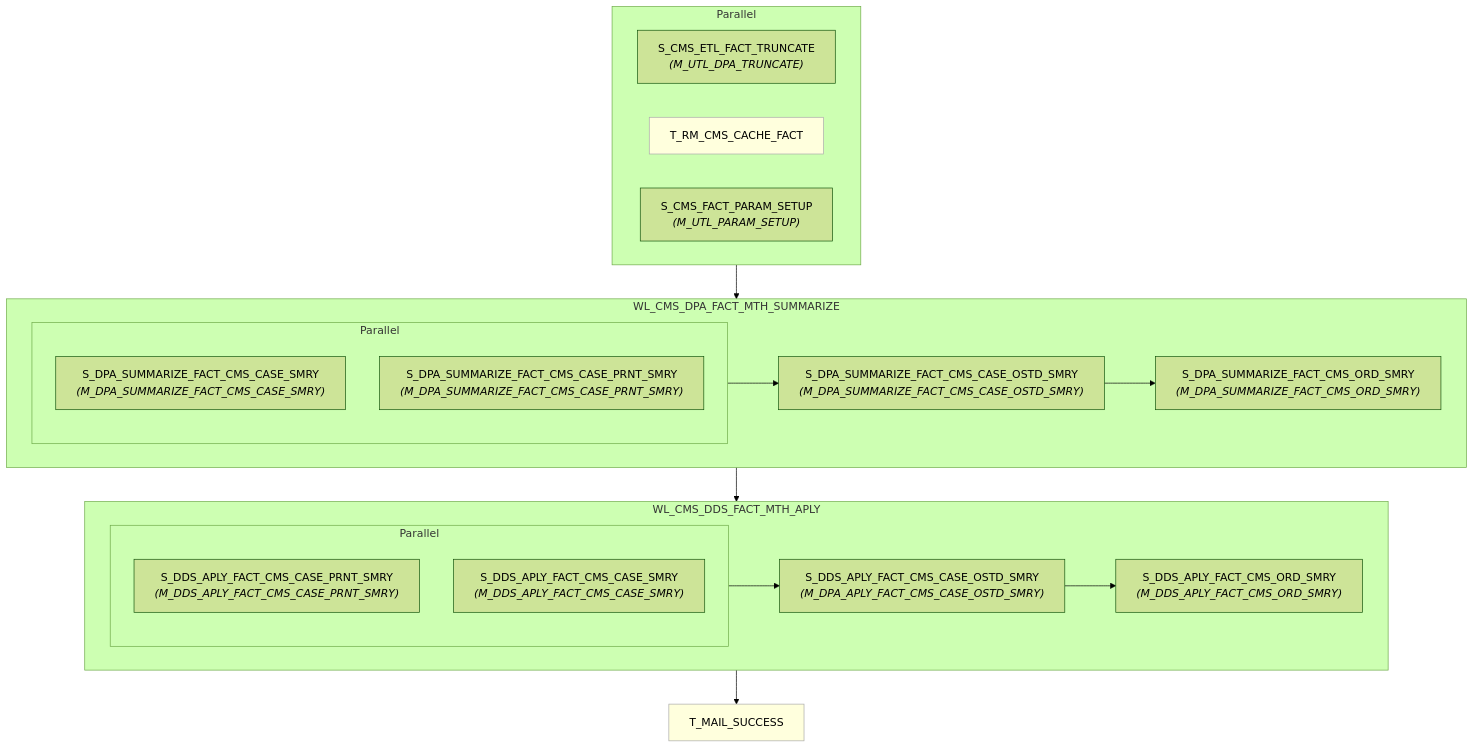
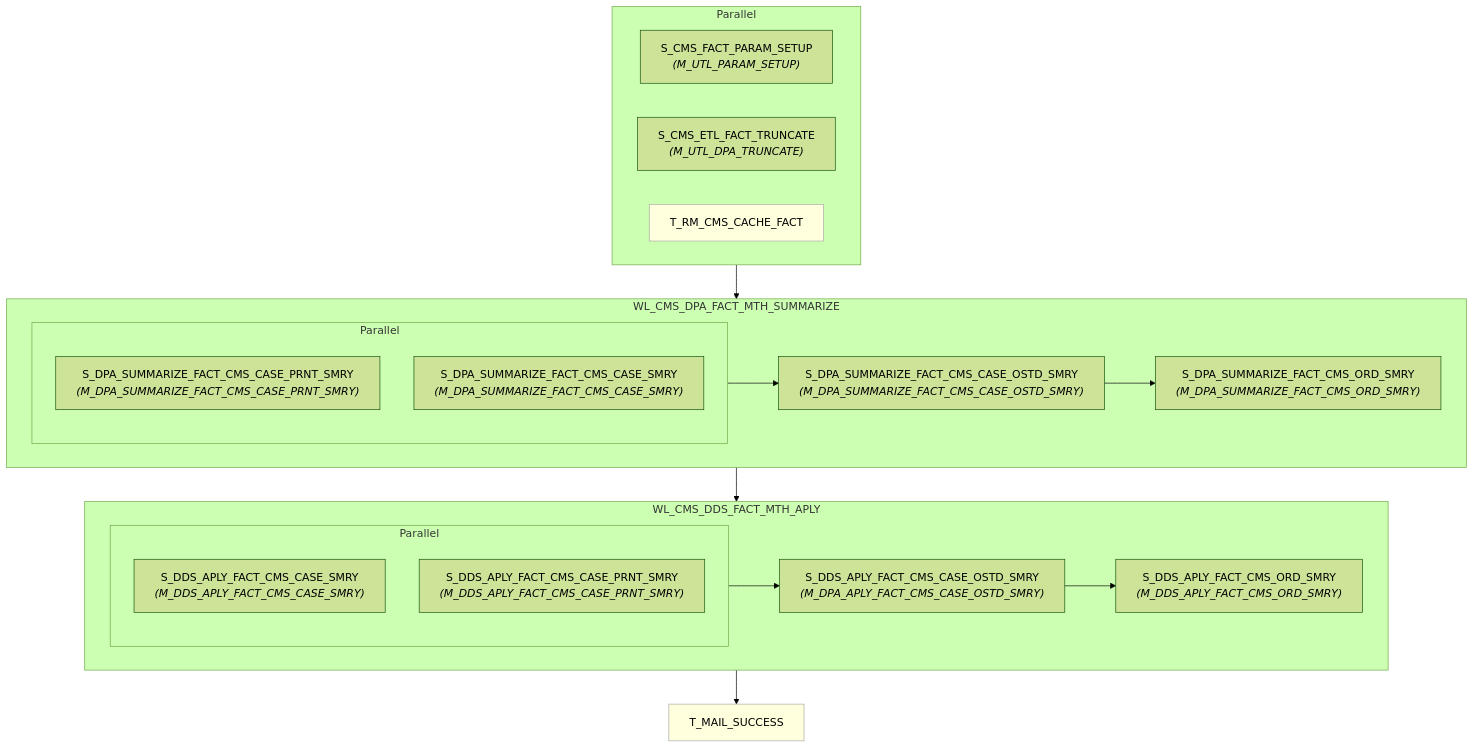
Before and after one commit to asl-adamxu/informatica-sparker-poc: the diagram in informatica/PySpark_workflows/dds/WF_CMS_DDS_APLY_MTH/wf_cms_dds_aply_mth.md, drawn with Mermaid (forest theme). The commit also changed 434 other files, not shown here.

Commit message:
fix on 20260804 for WF_HOMES_DDS_APLY_DMNS

````diff
--- a/informatica/PySpark_workflows/dds/WF_CMS_DDS_APLY_MTH/wf_cms_dds_aply_mth.md
+++ b/informatica/PySpark_workflows/dds/WF_CMS_DDS_APLY_MTH/wf_cms_dds_aply_mth.md
@@ -7,41 +7,41 @@
 ```mermaid
 flowchart TD
-    n1["S_CMS_ETL_FACT_TRUNCATE<br/><i>(M_UTL_DPA_TRUNCATE)</i>"]
-    n2["T_RM_CMS_CACHE_FACT"]
-    style n2 fill:#ffd,stroke:#aaa,stroke-width:1px
-    n3["S_CMS_FACT_PARAM_SETUP<br/><i>(M_UTL_PARAM_SETUP)</i>"]
+    n1["S_CMS_FACT_PARAM_SETUP<br/><i>(M_UTL_PARAM_SETUP)</i>"]
+    n2["S_CMS_ETL_FACT_TRUNCATE<br/><i>(M_UTL_DPA_TRUNCATE)</i>"]
+    n3["T_RM_CMS_CACHE_FACT"]
+    style n3 fill:#ffd,stroke:#aaa,stroke-width:1px
     subgraph pg4[Parallel]
         n1
         n2
         n3
     end
     subgraph wkl5["WL_CMS_DPA_FACT_MTH_SUMMARIZE"]
-    n6["S_DPA_SUMMARIZE_FACT_CMS_CASE_SMRY<br/><i>(M_DPA_SUMMARIZE_FACT_CMS_CASE_SMRY)</i>"]
-    n7["S_DPA_SUMMARIZE_FACT_CMS_CASE_PRNT_SMRY<br/><i>(M_DPA_SUMMARIZE_FACT_CMS_CASE_PRNT_SMRY)</i>"]
+    n6["S_DPA_SUMMARIZE_FACT_CMS_CASE_PRNT_SMRY<br/><i>(M_DPA_SUMMARIZE_FACT_CMS_CASE_PRNT_SMRY)</i>"]
+    n7["S_DPA_SUMMARIZE_FACT_CMS_CASE_SMRY<br/><i>(M_DPA_SUMMARIZE_FACT_CMS_CASE_SMRY)</i>"]
     subgraph pg8[Parallel]
         n6
         n7
     end
     n9["S_DPA_SUMMARIZE_FACT_CMS_CASE_OSTD_SMRY<br/><i>(M_DPA_SUMMARIZE_FACT_CMS_CASE_OSTD_SMRY)</i>"]
     n10["S_DPA_SUMMARIZE_FACT_CMS_ORD_SMRY<br/><i>(M_DPA_SUMMARIZE_FACT_CMS_ORD_SMRY)</i>"]
         pg8 --> n9
         n9 --> n10
     end
     subgraph wkl11["WL_CMS_DDS_FACT_MTH_APLY"]
-    n12["S_DDS_APLY_FACT_CMS_CASE_PRNT_SMRY<br/><i>(M_DDS_APLY_FACT_CMS_CASE_PRNT_SMRY)</i>"]
-    n13["S_DDS_APLY_FACT_CMS_CASE_SMRY<br/><i>(M_DDS_APLY_FACT_CMS_CASE_SMRY)</i>"]
+    n12["S_DDS_APLY_FACT_CMS_CASE_SMRY<br/><i>(M_DDS_APLY_FACT_CMS_CASE_SMRY)</i>"]
+    n13["S_DDS_APLY_FACT_CMS_CASE_PRNT_SMRY<br/><i>(M_DDS_APLY_FACT_CMS_CASE_PRNT_SMRY)</i>"]
     subgraph pg14[Parallel]
         n12
         n13
     end
     n15["S_DDS_APLY_FACT_CMS_CASE_OSTD_SMRY<br/><i>(M_DPA_APLY_FACT_CMS_CASE_OSTD_SMRY)</i>"]
     n16["S_DDS_APLY_FACT_CMS_ORD_SMRY<br/><i>(M_DDS_APLY_FACT_CMS_ORD_SMRY)</i>"]
         pg14 --> n15
         n15 --> n16
     end
     n17["T_MAIL_SUCCESS"]
     style n17 fill:#ffd,stroke:#aaa,stroke-width:1px
     pg4 --> wkl5
     wkl5 --> wkl11
     wkl11 --> n17
 ```
````
